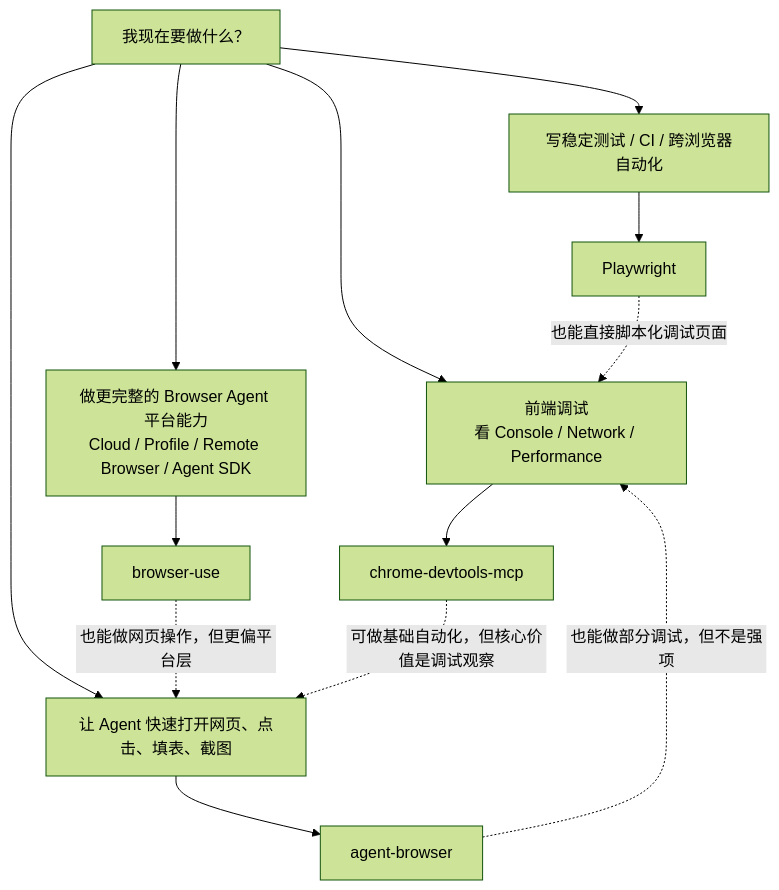
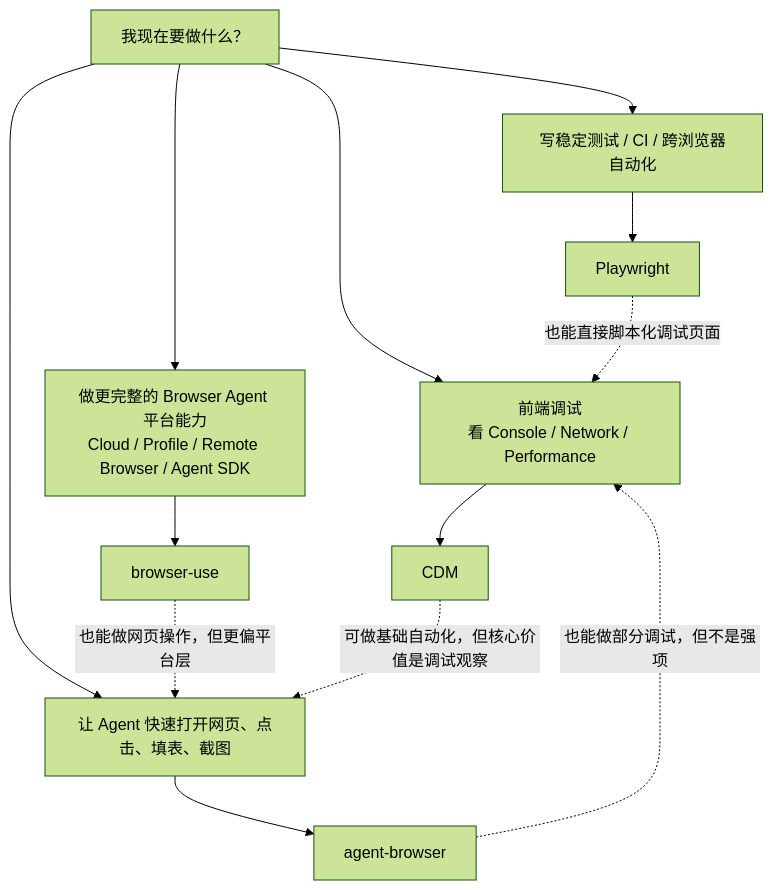
Before and after one commit to zrong/blog: the first of 3 diagrams in content/post/2862.md, drawn with Mermaid (forest theme). The commit also changed 6 other files, not shown here.

```diff
--- a/content/post/2862.md
+++ b/content/post/2862.md
@@ -162,29 +162,28 @@
 {{< mermaid >}}
 flowchart TD
     Start["我现在要做什么？"]
 
     Debug["前端调试<br/>看 Console / Network / Performance"]
     Test["写稳定测试 / CI / 跨浏览器自动化"]
     FastOps["让 Agent 快速打开网页、点击、填表、截图"]
     Platform["做更完整的 Browser Agent 平台能力<br/>Cloud / Profile / Remote Browser / Agent SDK"]
 
-    CDM["chrome-devtools-mcp"]
     PW["Playwright"]
     AB["agent-browser"]
     BU["browser-use"]
 
     Start --> Debug
     Start --> Test
     Start --> FastOps
     Start --> Platform
 
     Debug --> CDM
     Test --> PW
     FastOps --> AB
     Platform --> BU
 
     AB -. "也能做部分调试，但不是强项" .-> Debug
     BU -. "也能做网页操作，但更偏平台层" .-> FastOps
     PW -. "也能直接脚本化调试页面" .-> Debug
     CDM -. "可做基础自动化，但核心价值是调试观察" .-> FastOps
 {{< /mermaid >}}
```
